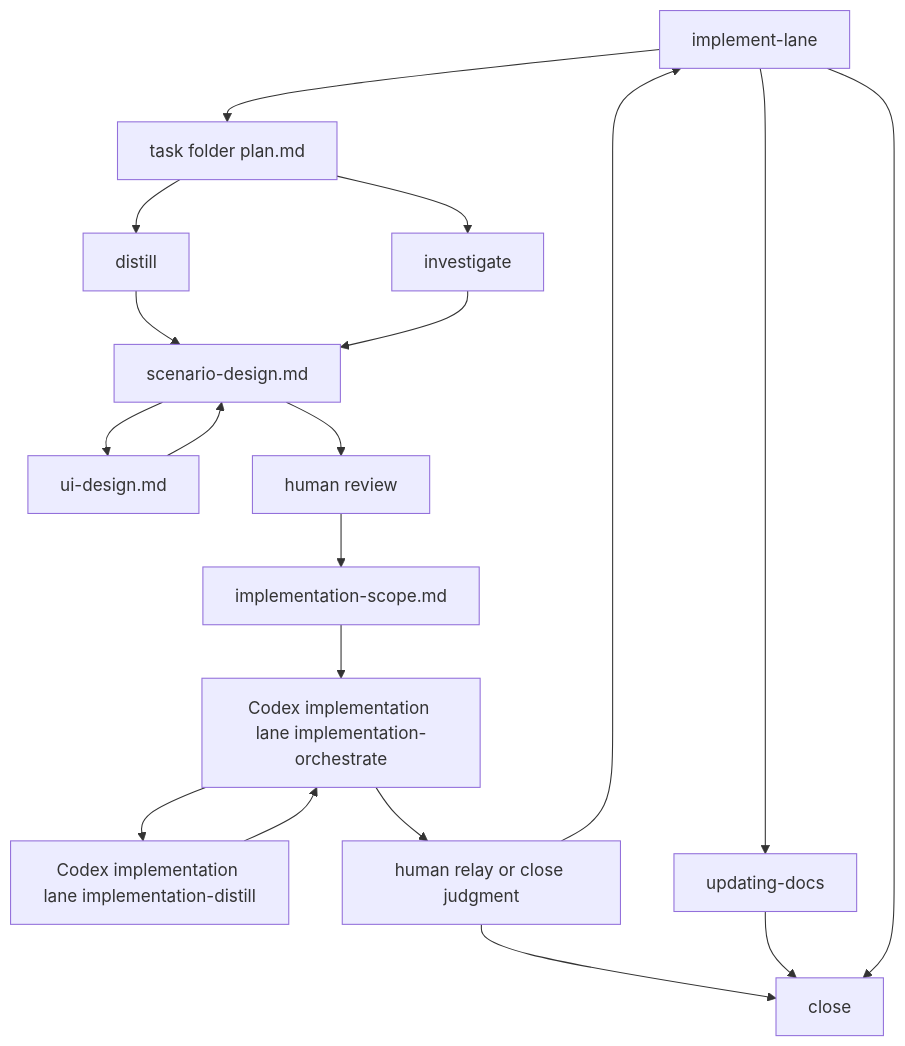
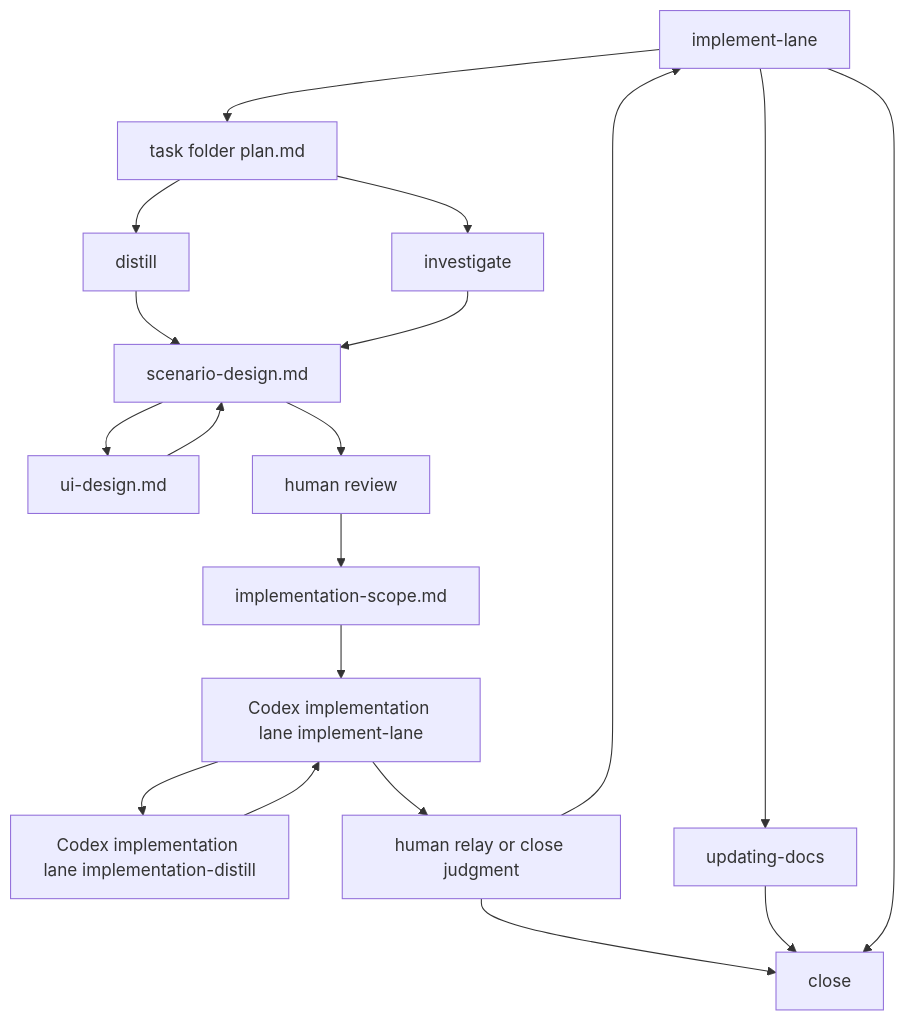
Before and after one commit to ishibata91/AITranslationEngineJP: the diagram in .codex/workflow.md, drawn with Mermaid. The commit also changed other lines of this file and 105 other files, not shown here.

Commit message:
Refine implement-lane workflow rules and section extraction

````diff
--- a/.codex/workflow.md
+++ b/.codex/workflow.md
@@ -9,31 +9,31 @@
 ```mermaid
 flowchart TD
     A[implement-lane]
     P[task folder plan.md]
     B[distill]
     C[investigate]
     U[ui-design.md]
     S[scenario-design.md]
     F[human review]
     G[implementation-scope.md]
-    H[Codex implementation lane implementation-orchestrate]
+    H[Codex implementation lane implement-lane]
     K[Codex implementation lane implementation-distill]
     M[human relay or close judgment]
     I[updating-docs]
     J[close]
 
     A --> P
     P --> B --> S
     P --> C --> S
     S --> U
     U --> S
     S --> F
     F --> G
     G --> H
     H --> K --> H
     H --> M
     M --> A
     M --> J
     A --> I --> J
     A --> J
 ```
````
